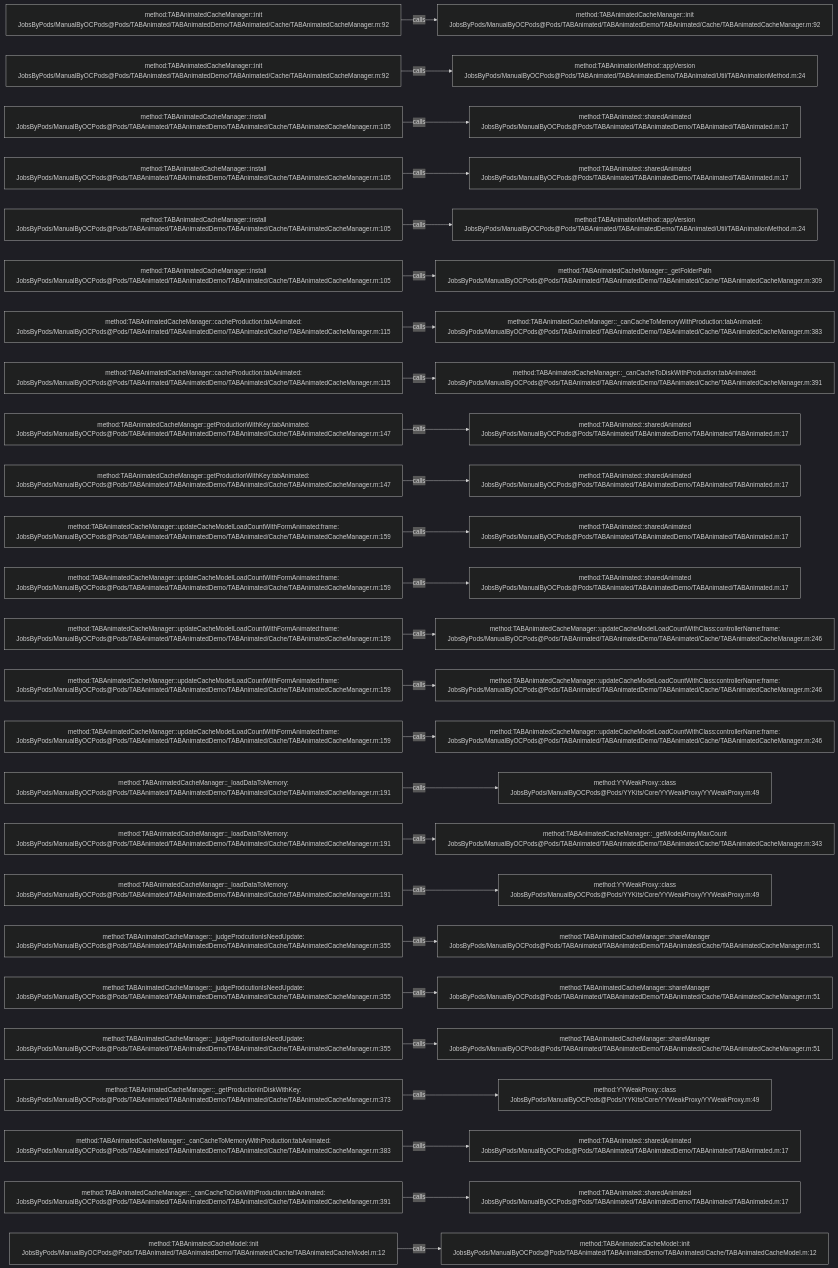
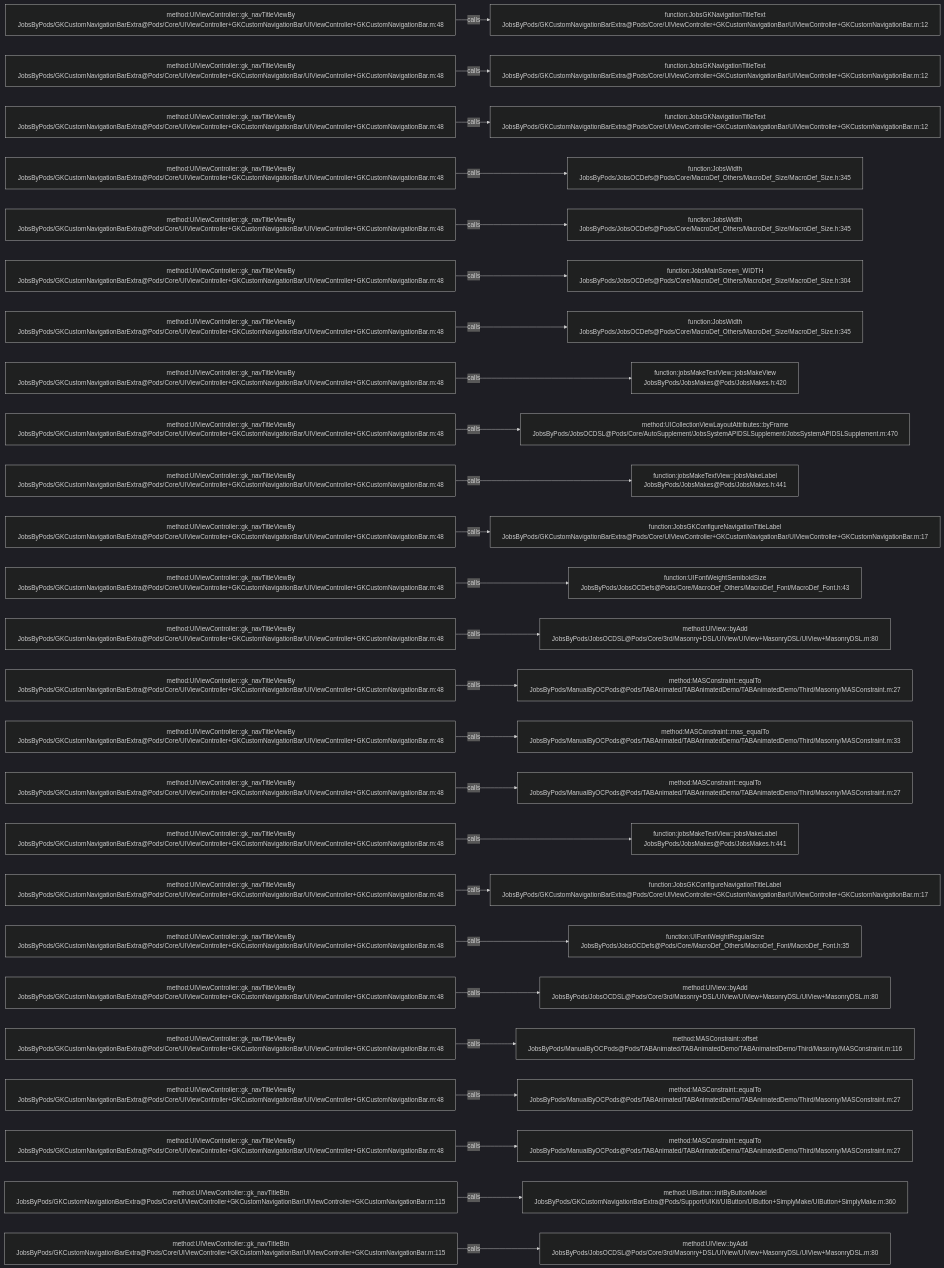
The diagram in .codegraph/codegraph.md/graphs/calls-010.md (JobsKits/JobsOCBaseConfigDemo), drawn with Mermaid (dark theme) before and after one commit. The commit also changed 768 other files, not shown here.

````diff
--- a/.codegraph/codegraph.md/graphs/calls-010.md
+++ b/.codegraph/codegraph.md/graphs/calls-010.md
@@ -13,78 +13,78 @@
 ```mermaid
 flowchart LR
-  S1["method:TABAnimatedCacheManager::init<br/>JobsByPods/ManualByOCPods@Pods/TABAnimated/TABAnimatedDemo/TABAnimated/Cache/TABAnimatedCacheManager.m:92"]
-  T1["method:TABAnimatedCacheManager::init<br/>JobsByPods/ManualByOCPods@Pods/TABAnimated/TABAnimatedDemo/TABAnimated/Cache/TABAnimatedCacheManager.m:92"]
+  S1["method:UIViewController::gk_navTitleViewBy<br/>JobsByPods/GKCustomNavigationBarExtra@Pods/Core/UIViewController+GKCustomNavigationBar/UIViewController+GKCustomNavigationBar.m:48"]
+  T1["function:JobsGKNavigationTitleText<br/>JobsByPods/GKCustomNavigationBarExtra@Pods/Core/UIViewController+GKCustomNavigationBar/UIViewController+GKCustomNavigationBar.m:12"]
   S1 -->|calls| T1
-  S2["method:TABAnimatedCacheManager::init<br/>JobsByPods/ManualByOCPods@Pods/TABAnimated/TABAnimatedDemo/TABAnimated/Cache/TABAnimatedCacheManager.m:92"]
-  T2["method:TABAnimationMethod::appVersion<br/>JobsByPods/ManualByOCPods@Pods/TABAnimated/TABAnimatedDemo/TABAnimated/Util/TABAnimationMethod.m:24"]
+  S2["method:UIViewController::gk_navTitleViewBy<br/>JobsByPods/GKCustomNavigationBarExtra@Pods/Core/UIViewController+GKCustomNavigationBar/UIViewController+GKCustomNavigationBar.m:48"]
+  T2["function:JobsGKNavigationTitleText<br/>JobsByPods/GKCustomNavigationBarExtra@Pods/Core/UIViewController+GKCustomNavigationBar/UIViewController+GKCustomNavigationBar.m:12"]
   S2 -->|calls| T2
-  S3["method:TABAnimatedCacheManager::install<br/>JobsByPods/ManualByOCPods@Pods/TABAnimated/TABAnimatedDemo/TABAnimated/Cache/TABAnimatedCacheManager.m:105"]
-  T3["method:TABAnimated::sharedAnimated<br/>JobsByPods/ManualByOCPods@Pods/TABAnimated/TABAnimatedDemo/TABAnimated/TABAnimated.m:17"]
+  S3["method:UIViewController::gk_navTitleViewBy<br/>JobsByPods/GKCustomNavigationBarExtra@Pods/Core/UIViewController+GKCustomNavigationBar/UIViewController+GKCustomNavigationBar.m:48"]
+  T3["function:JobsGKNavigationTitleText<br/>JobsByPods/GKCustomNavigationBarExtra@Pods/Core/UIViewController+GKCustomNavigationBar/UIViewController+GKCustomNavigationBar.m:12"]
   S3 -->|calls| T3
-  S4["method:TABAnimatedCacheManager::install<br/>JobsByPods/ManualByOCPods@Pods/TABAnimated/TABAnimatedDemo/TABAnimated/Cache/TABAnimatedCacheManager.m:105"]
-  T4["method:TABAnimated::sharedAnimated<br/>JobsByPods/ManualByOCPods@Pods/TABAnimated/TABAnimatedDemo/TABAnimated/TABAnimated.m:17"]
+  S4["method:UIViewController::gk_navTitleViewBy<br/>JobsByPods/GKCustomNavigationBarExtra@Pods/Core/UIViewController+GKCustomNavigationBar/UIViewController+GKCustomNavigationBar.m:48"]
+  T4["function:JobsWidth<br/>JobsByPods/JobsOCDefs@Pods/Core/MacroDef_Others/MacroDef_Size/MacroDef_Size.h:345"]
   S4 -->|calls| T4
-  S5["method:TABAnimatedCacheManager::install<br/>JobsByPods/ManualByOCPods@Pods/TABAnimated/TABAnimatedDemo/TABAnimated/Cache/TABAnimatedCacheManager.m:105"]
-  T5["method:TABAnimationMethod::appVersion<br/>JobsByPods/ManualByOCPods@Pods/TABAnimated/TABAnimatedDemo/TABAnimated/Util/TABAnimationMethod.m:24"]
+  S5["method:UIViewController::gk_navTitleViewBy<br/>JobsByPods/GKCustomNavigationBarExtra@Pods/Core/UIViewController+GKCustomNavigationBar/UIViewController+GKCustomNavigationBar.m:48"]
+  T5["function:JobsWidth<br/>JobsByPods/JobsOCDefs@Pods/Core/MacroDef_Others/MacroDef_Size/MacroDef_Size.h:345"]
   S5 -->|calls| T5
-  S6["method:TABAnimatedCacheManager::install<br/>JobsByPods/ManualByOCPods@Pods/TABAnimated/TABAnimatedDemo/TABAnimated/Cache/TABAnimatedCacheManager.m:105"]
-  T6["method:TABAnimatedCacheManager::_getFolderPath<br/>JobsByPods/ManualByOCPods@Pods/TABAnimated/TABAnimatedDemo/TABAnimated/Cache/TABAnimatedCacheManager.m:309"]
+  S6["method:UIViewController::gk_navTitleViewBy<br/>JobsByPods/GKCustomNavigationBarExtra@Pods/Core/UIViewController+GKCustomNavigationBar/UIViewController+GKCustomNavigationBar.m:48"]
+  T6["function:JobsMainScreen_WIDTH<br/>JobsByPods/JobsOCDefs@Pods/Core/MacroDef_Others/MacroDef_Size/MacroDef_Size.h:304"]
   S6 -->|calls| T6
-  S7["method:TABAnimatedCacheManager::cacheProduction:tabAnimated:<br/>JobsByPods/ManualByOCPods@Pods/TABAnimated/TABAnimatedDemo/TABAnimated/Cache/TABAnimatedCacheManager.m:115"]
-  T7["method:TABAnimatedCacheManager::_canCacheToMemoryWithProduction:tabAnimated:<br/>JobsByPods/ManualByOCPods@Pods/TABAnimated/TABAnimatedDemo/TABAnimated/Cache/TABAnimatedCacheManager.m:383"]
+  S7["method:UIViewController::gk_navTitleViewBy<br/>JobsByPods/GKCustomNavigationBarExtra@Pods/Core/UIViewController+GKCustomNavigationBar/UIViewController+GKCustomNavigationBar.m:48"]
+  T7["function:JobsWidth<br/>JobsByPods/JobsOCDefs@Pods/Core/MacroDef_Others/MacroDef_Size/MacroDef_Size.h:345"]
   S7 -->|calls| T7
-  S8["method:TABAnimatedCacheManager::cacheProduction:tabAnimated:<br/>JobsByPods/ManualByOCPods@Pods/TABAnimated/TABAnimatedDemo/TABAnimated/Cache/TABAnimatedCacheManager.m:115"]
-  T8["method:TABAnimatedCacheManager::_canCacheToDiskWithProduction:tabAnimated:<br/>JobsByPods/ManualByOCPods@Pods/TABAnimated/TABAnimatedDemo/TABAnimated/Cache/TABAnimatedCacheManager.m:391"]
+  S8["method:UIViewController::gk_navTitleViewBy<br/>JobsByPods/GKCustomNavigationBarExtra@Pods/Core/UIViewController+GKCustomNavigationBar/UIViewController+GKCustomNavigationBar.m:48"]
+  T8["function:jobsMakeTextView::jobsMakeView<br/>JobsByPods/JobsMakes@Pods/JobsMakes.h:420"]
   S8 -->|calls| T8
-  S9["method:TABAnimatedCacheManager::getProductionWithKey:tabAnimated:<br/>JobsByPods/ManualByOCPods@Pods/TABAnimated/TABAnimatedDemo/TABAnimated/Cache/TABAnimatedCacheManager.m:147"]
-  T9["method:TABAnimated::sharedAnimated<br/>JobsByPods/ManualByOCPods@Pods/TABAnimated/TABAnimatedDemo/TABAnimated/TABAnimated.m:17"]
+  S9["method:UIViewController::gk_navTitleViewBy<br/>JobsByPods/GKCustomNavigationBarExtra@Pods/Core/UIViewController+GKCustomNavigationBar/UIViewController+GKCustomNavigationBar.m:48"]
+  T9["method:UICollectionViewLayoutAttributes::byFrame<br/>JobsByPods/JobsOCDSL@Pods/Core/AutoSupplement/JobsSystemAPIDSLSupplement/JobsSystemAPIDSLSupplement.m:470"]
   S9 -->|calls| T9
-  S10["method:TABAnimatedCacheManager::getProductionWithKey:tabAnimated:<br/>JobsByPods/ManualByOCPods@Pods/TABAnimated/TABAnimatedDemo/TABAnimated/Cache/TABAnimatedCacheManager.m:147"]
-  T10["method:TABAnimated::sharedAnimated<br/>JobsByPods/ManualByOCPods@Pods/TABAnimated/TABAnimatedDemo/TABAnimated/TABAnimated.m:17"]
+  S10["method:UIViewController::gk_navTitleViewBy<br/>JobsByPods/GKCustomNavigationBarExtra@Pods/Core/UIViewController+GKCustomNavigationBar/UIViewController+GKCustomNavigationBar.m:48"]
+  T10["function:jobsMakeTextView::jobsMakeLabel<br/>JobsByPods/JobsMakes@Pods/JobsMakes.h:441"]
   S10 -->|calls| T10
-  S11["method:TABAnimatedCacheManager::updateCacheModelLoadCountWithFormAnimated:frame:<br/>JobsByPods/ManualByOCPods@Pods/TABAnimated/TABAnimatedDemo/TABAnimated/Cache/TABAnimatedCacheManager.m:159"]
-  T11["method:TABAnimated::sharedAnimated<br/>JobsByPods/ManualByOCPods@Pods/TABAnimated/TABAnimatedDemo/TABAnimated/TABAnimated.m:17"]
+  S11["method:UIViewController::gk_navTitleViewBy<br/>JobsByPods/GKCustomNavigationBarExtra@Pods/Core/UIViewController+GKCustomNavigationBar/UIViewController+GKCustomNavigationBar.m:48"]
+  T11["function:JobsGKConfigureNavigationTitleLabel<br/>JobsByPods/GKCustomNavigationBarExtra@Pods/Core/UIViewController+GKCustomNavigationBar/UIViewController+GKCustomNavigationBar.m:17"]
   S11 -->|calls| T11
-  S12["method:TABAnimatedCacheManager::updateCacheModelLoadCountWithFormAnimated:frame:<br/>JobsByPods/ManualByOCPods@Pods/TABAnimated/TABAnimatedDemo/TABAnimated/Cache/TABAnimatedCacheManager.m:159"]
-  T12["method:TABAnimated::sharedAnimated<br/>JobsByPods/ManualByOCPods@Pods/TABAnimated/TABAnimatedDemo/TABAnimated/TABAnimated.m:17"]
+  S12["method:UIViewController::gk_navTitleViewBy<br/>JobsByPods/GKCustomNavigationBarExtra@Pods/Core/UIViewController+GKCustomNavigationBar/UIViewController+GKCustomNavigationBar.m:48"]
+  T12["function:UIFontWeightSemiboldSize<br/>JobsByPods/JobsOCDefs@Pods/Core/MacroDef_Others/MacroDef_Font/MacroDef_Font.h:43"]
   S12 -->|calls| T12
-  S13["method:TABAnimatedCacheManager::updateCacheModelLoadCountWithFormAnimated:frame:<br/>JobsByPods/ManualByOCPods@Pods/TABAnimated/TABAnimatedDemo/TABAnimated/Cache/TABAnimatedCacheManager.m:159"]
-  T13["method:TABAnimatedCacheManager::updateCacheModelLoadCountWithClass:controllerName:frame:<br/>JobsByPods/ManualByOCPods@Pods/TABAnimated/TABAnimatedDemo/TABAnimated/Cache/TABAnimatedCacheManager.m:246"]
+  S13["method:UIViewController::gk_navTitleViewBy<br/>JobsByPods/GKCustomNavigationBarExtra@Pods/Core/UIViewController+GKCustomNavigationBar/UIViewController+GKCustomNavigationBar.m:48"]
+  T13["method:UIView::byAdd<br/>JobsByPods/JobsOCDSL@Pods/Core/3rd/Masonry+DSL/UIView/UIView+MasonryDSL/UIView+MasonryDSL.m:80"]
   S13 -->|calls| T13
-  S14["method:TABAnimatedCacheManager::updateCacheModelLoadCountWithFormAnimated:frame:<br/>JobsByPods/ManualByOCPods@Pods/TABAnimated/TABAnimatedDemo/TABAnimated/Cache/TABAnimatedCacheManager.m:159"]
-  T14["method:TABAnimatedCacheManager::updateCacheModelLoadCountWithClass:controllerName:frame:<br/>JobsByPods/ManualByOCPods@Pods/TABAnimated/TABAnimatedDemo/TABAnimated/Cache/TABAnimatedCacheManager.m:246"]
+  S14["method:UIViewController::gk_navTitleViewBy<br/>JobsByPods/GKCustomNavigationBarExtra@Pods/Core/UIViewController+GKCustomNavigationBar/UIViewController+GKCustomNavigationBar.m:48"]
+  T14["method:MASConstraint::equalTo<br/>JobsByPods/ManualByOCPods@Pods/TABAnimated/TABAnimatedDemo/TABAnimatedDemo/Third/Masonry/MASConstraint.m:27"]
   S14 -->|calls| T14
-  S15["method:TABAnimatedCacheManager::updateCacheModelLoadCountWithFormAnimated:frame:<br/>JobsByPods/ManualByOCPods@Pods/TABAnimated/TABAnimatedDemo/TABAnimated/Cache/TABAnimatedCacheManager.m:159"]
-  T15["method:TABAnimatedCacheManager::updateCacheModelLoadCountWithClass:controllerName:frame:<br/>JobsByPods/ManualByOCPods@Pods/TABAnimated/TABAnimatedDemo/TABAnimated/Cache/TABAnimatedCacheManager.m:246"]
+  S15["method:UIViewController::gk_navTitleViewBy<br/>JobsByPods/GKCustomNavigationBarExtra@Pods/Core/UIViewController+GKCustomNavigationBar/UIViewController+GKCustomNavigationBar.m:48"]
+  T15["method:MASConstraint::mas_equalTo<br/>JobsByPods/ManualByOCPods@Pods/TABAnimated/TABAnimatedDemo/TABAnimatedDemo/Third/Masonry/MASConstraint.m:33"]
   S15 -->|calls| T15
-  S16["method:TABAnimatedCacheManager::_loadDataToMemory:<br/>JobsByPods/ManualByOCPods@Pods/TABAnimated/TABAnimatedDemo/TABAnimated/Cache/TABAnimatedCacheManager.m:191"]
-  T16["method:YYWeakProxy::class<br/>JobsByPods/ManualByOCPods@Pods/YYKits/Core/YYWeakProxy/YYWeakProxy.m:49"]
+  S16["method:UIViewController::gk_navTitleViewBy<br/>JobsByPods/GKCustomNavigationBarExtra@Pods/Core/UIViewController+GKCustomNavigationBar/UIViewController+GKCustomNavigationBar.m:48"]
+  T16["method:MASConstraint::equalTo<br/>JobsByPods/ManualByOCPods@Pods/TABAnimated/TABAnimatedDemo/TABAnimatedDemo/Third/Masonry/MASConstraint.m:27"]
   S16 -->|calls| T16
-  S17["method:TABAnimatedCacheManager::_loadDataToMemory:<br/>JobsByPods/ManualByOCPods@Pods/TABAnimated/TABAnimatedDemo/TABAnimated/Cache/TABAnimatedCacheManager.m:191"]
-  T17["method:TABAnimatedCacheManager::_getModelArrayMaxCount<br/>JobsByPods/ManualByOCPods@Pods/TABAnimated/TABAnimatedDemo/TABAnimated/Cache/TABAnimatedCacheManager.m:343"]
+  S17["method:UIViewController::gk_navTitleViewBy<br/>JobsByPods/GKCustomNavigationBarExtra@Pods/Core/UIViewController+GKCustomNavigationBar/UIViewController+GKCustomNavigationBar.m:48"]
+  T17["function:jobsMakeTextView::jobsMakeLabel<br/>JobsByPods/JobsMakes@Pods/JobsMakes.h:441"]
   S17 -->|calls| T17
-  S18["method:TABAnimatedCacheManager::_loadDataToMemory:<br/>JobsByPods/ManualByOCPods@Pods/TABAnimated/TABAnimatedDemo/TABAnimated/Cache/TABAnimatedCacheManager.m:191"]
-  T18["method:YYWeakProxy::class<br/>JobsByPods/ManualByOCPods@Pods/YYKits/Core/YYWeakProxy/YYWeakProxy.m:49"]
+  S18["method:UIViewController::gk_navTitleViewBy<br/>JobsByPods/GKCustomNavigationBarExtra@Pods/Core/UIViewController+GKCustomNavigationBar/UIViewController+GKCustomNavigationBar.m:48"]
+  T18["function:JobsGKConfigureNavigationTitleLabel<br/>JobsByPods/GKCustomNavigationBarExtra@Pods/Core/UIViewController+GKCustomNavigationBar/UIViewController+GKCustomNavigationBar.m:17"]
   S18 -->|calls| T18
-  S19["method:TABAnimatedCacheManager::_judgeProdcutionIsNeedUpdate:<br/>JobsByPods/ManualByOCPods@Pods/TABAnimated/TABAnimatedDemo/TABAnimated/Cache/TABAnimatedCacheManager.m:355"]
-  T19["method:TABAnimatedCacheManager::shareManager<br/>JobsByPods/ManualByOCPods@Pods/TABAnimated/TABAnimatedDemo/TABAnimated/Cache/TABAnimatedCacheManager.m:51"]
+  S19["method:UIViewController::gk_navTitleViewBy<br/>JobsByPods/GKCustomNavigationBarExtra@Pods/Core/UIViewController+GKCustomNavigationBar/UIViewController+GKCustomNavigationBar.m:48"]
+  T19["function:UIFontWeightRegularSize<br/>JobsByPods/JobsOCDefs@Pods/Core/MacroDef_Others/MacroDef_Font/MacroDef_Font.h:35"]
   S19 -->|calls| T19
-  S20["method:TABAnimatedCacheManager::_judgeProdcutionIsNeedUpdate:<br/>JobsByPods/ManualByOCPods@Pods/TABAnimated/TABAnimatedDemo/TABAnimated/Cache/TABAnimatedCacheManager.m:355"]
-  T20["method:TABAnimatedCacheManager::shareManager<br/>JobsByPods/ManualByOCPods@Pods/TABAnimated/TABAnimatedDemo/TABAnimated/Cache/TABAnimatedCacheManager.m:51"]
+  S20["method:UIViewController::gk_navTitleViewBy<br/>JobsByPods/GKCustomNavigationBarExtra@Pods/Core/UIViewController+GKCustomNavigationBar/UIViewController+GKCustomNavigationBar.m:48"]
+  T20["method:UIView::byAdd<br/>JobsByPods/JobsOCDSL@Pods/Core/3rd/Masonry+DSL/UIView/UIView+MasonryDSL/UIView+MasonryDSL.m:80"]
   S20 -->|calls| T20
-  S21["method:TABAnimatedCacheManager::_judgeProdcutionIsNeedUpdate:<br/>JobsByPods/ManualByOCPods@Pods/TABAnimated/TABAnimatedDemo/TABAnimated/Cache/TABAnimatedCacheManager.m:355"]
-  T21["method:TABAnimatedCacheManager::shareManager<br/>JobsByPods/ManualByOCPods@Pods/TABAnimated/TABAnimatedDemo/TABAnimated/Cache/TABAnimatedCacheManager.m:51"]
+  S21["method:UIViewController::gk_navTitleViewBy<br/>JobsByPods/GKCustomNavigationBarExtra@Pods/Core/UIViewController+GKCustomNavigationBar/UIViewController+GKCustomNavigationBar.m:48"]
+  T21["method:MASConstraint::offset<br/>JobsByPods/ManualByOCPods@Pods/TABAnimated/TABAnimatedDemo/TABAnimatedDemo/Third/Masonry/MASConstraint.m:116"]
   S21 -->|calls| T21
-  S22["method:TABAnimatedCacheManager::_getProductionInDiskWithKey:<br/>JobsByPods/ManualByOCPods@Pods/TABAnimated/TABAnimatedDemo/TABAnimated/Cache/TABAnimatedCacheManager.m:373"]
-  T22["method:YYWeakProxy::class<br/>JobsByPods/ManualByOCPods@Pods/YYKits/Core/YYWeakProxy/YYWeakProxy.m:49"]
+  S22["method:UIViewController::gk_navTitleViewBy<br/>JobsByPods/GKCustomNavigationBarExtra@Pods/Core/UIViewController+GKCustomNavigationBar/UIViewController+GKCustomNavigationBar.m:48"]
+  T22["method:MASConstraint::equalTo<br/>JobsByPods/ManualByOCPods@Pods/TABAnimated/TABAnimatedDemo/TABAnimatedDemo/Third/Masonry/MASConstraint.m:27"]
   S22 -->|calls| T22
-  S23["method:TABAnimatedCacheManager::_canCacheToMemoryWithProduction:tabAnimated:<br/>JobsByPods/ManualByOCPods@Pods/TABAnimated/TABAnimatedDemo/TABAnimated/Cache/TABAnimatedCacheManager.m:383"]
-  T23["method:TABAnimated::sharedAnimated<br/>JobsByPods/ManualByOCPods@Pods/TABAnimated/TABAnimatedDemo/TABAnimated/TABAnimated.m:17"]
+  S23["method:UIViewController::gk_navTitleViewBy<br/>JobsByPods/GKCustomNavigationBarExtra@Pods/Core/UIViewController+GKCustomNavigationBar/UIViewController+GKCustomNavigationBar.m:48"]
+  T23["method:MASConstraint::equalTo<br/>JobsByPods/ManualByOCPods@Pods/TABAnimated/TABAnimatedDemo/TABAnimatedDemo/Third/Masonry/MASConstraint.m:27"]
   S23 -->|calls| T23
-  S24["method:TABAnimatedCacheManager::_canCacheToDiskWithProduction:tabAnimated:<br/>JobsByPods/ManualByOCPods@Pods/TABAnimated/TABAnimatedDemo/TABAnimated/Cache/TABAnimatedCacheManager.m:391"]
-  T24["method:TABAnimated::sharedAnimated<br/>JobsByPods/ManualByOCPods@Pods/TABAnimated/TABAnimatedDemo/TABAnimated/TABAnimated.m:17"]
+  S24["method:UIViewController::gk_navTitleBtn<br/>JobsByPods/GKCustomNavigationBarExtra@Pods/Core/UIViewController+GKCustomNavigationBar/UIViewController+GKCustomNavigationBar.m:115"]
+  T24["method:UIButton::initByButtonModel<br/>JobsByPods/GKCustomNavigationBarExtra@Pods/Support/UIKit/UIButton/UIButton+SimplyMake/UIButton+SimplyMake.m:360"]
   S24 -->|calls| T24
-  S25["method:TABAnimatedCacheModel::init<br/>JobsByPods/ManualByOCPods@Pods/TABAnimated/TABAnimatedDemo/TABAnimated/Cache/TABAnimatedCacheModel.m:12"]
-  T25["method:TABAnimatedCacheModel::init<br/>JobsByPods/ManualByOCPods@Pods/TABAnimated/TABAnimatedDemo/TABAnimated/Cache/TABAnimatedCacheModel.m:12"]
+  S25["method:UIViewController::gk_navTitleBtn<br/>JobsByPods/GKCustomNavigationBarExtra@Pods/Core/UIViewController+GKCustomNavigationBar/UIViewController+GKCustomNavigationBar.m:115"]
+  T25["method:UIView::byAdd<br/>JobsByPods/JobsOCDSL@Pods/Core/3rd/Masonry+DSL/UIView/UIView+MasonryDSL/UIView+MasonryDSL.m:80"]
   S25 -->|calls| T25
 ```
````
